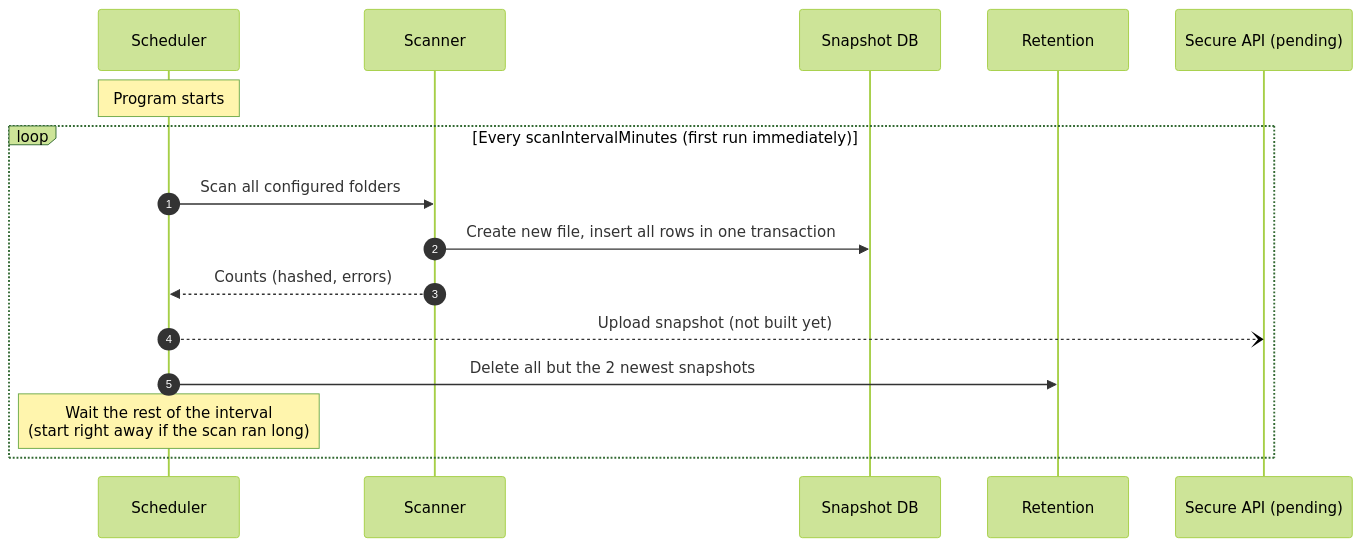
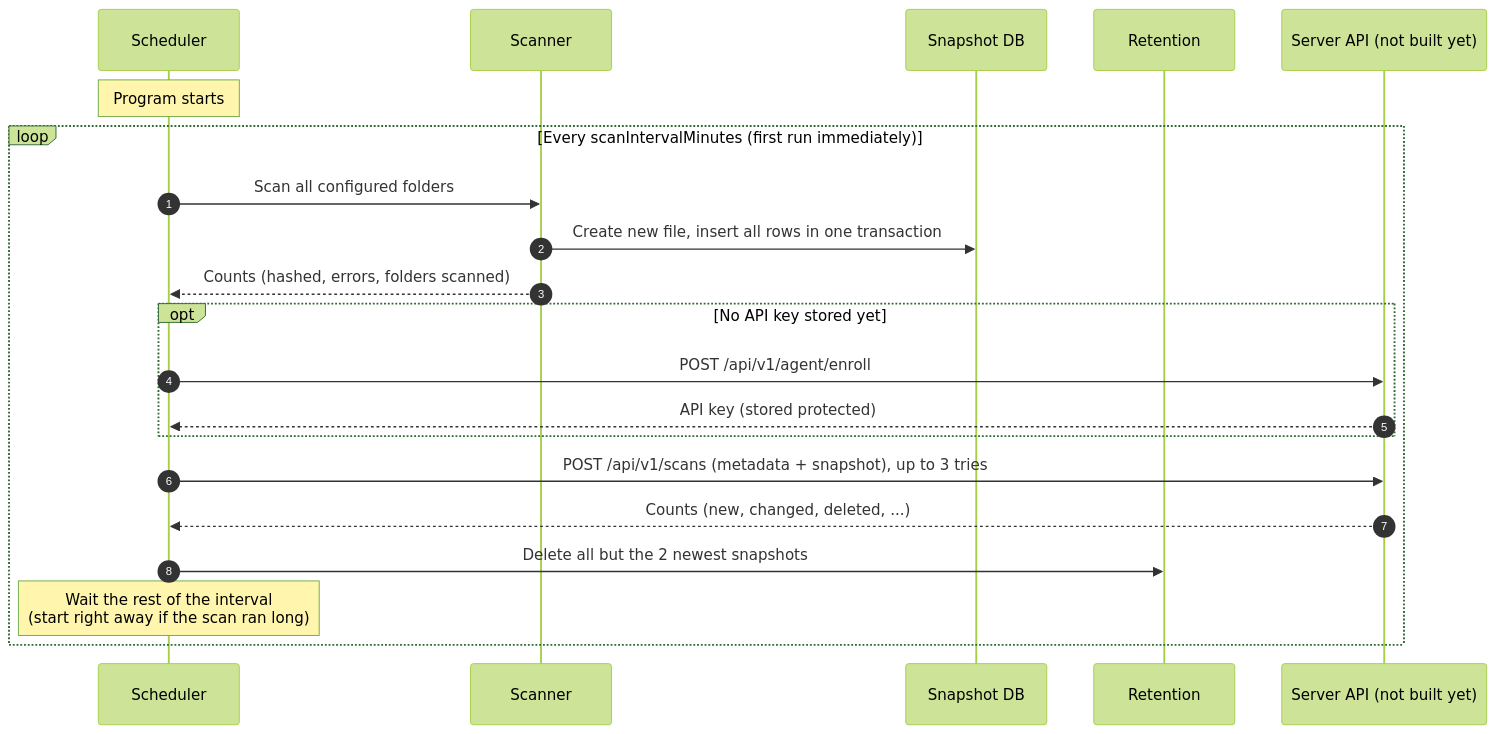
The fourth of 12 diagrams in README.md (Carter89490/Capstone_Porject-), drawn with Mermaid (forest theme) before and after one commit. The commit also changed other lines of this file and 16 other files, not shown here.

````diff
--- a/README.md
+++ b/README.md
@@ -100,19 +153,24 @@
 ```mermaid
 sequenceDiagram
     autonumber
     participant Sched as Scheduler
     participant Scan as Scanner
     participant DB as Snapshot DB
     participant Ret as Retention
-    participant API as Secure API (pending)
+    participant API as Server API (not built yet)
 
     Note over Sched: Program starts
     loop Every scanIntervalMinutes (first run immediately)
         Sched->>Scan: Scan all configured folders
         Scan->>DB: Create new file, insert all rows in one transaction
-        Scan-->>Sched: Counts (hashed, errors)
-        Sched--)API: Upload snapshot (not built yet)
+        Scan-->>Sched: Counts (hashed, errors, folders scanned)
+        opt No API key stored yet
+            Sched->>API: POST /api/v1/agent/enroll
+            API-->>Sched: API key (stored protected)
+        end
+        Sched->>API: POST /api/v1/scans (metadata + snapshot), up to 3 tries
+        API-->>Sched: Counts (new, changed, deleted, ...)
         Sched->>Ret: Delete all but the 2 newest snapshots
         Note over Sched: Wait the rest of the interval<br/>(start right away if the scan ran long)
     end
 ```
````
